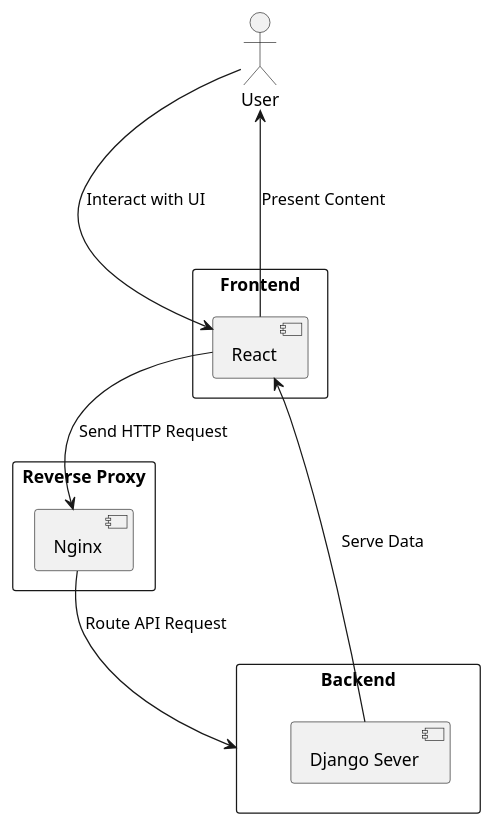
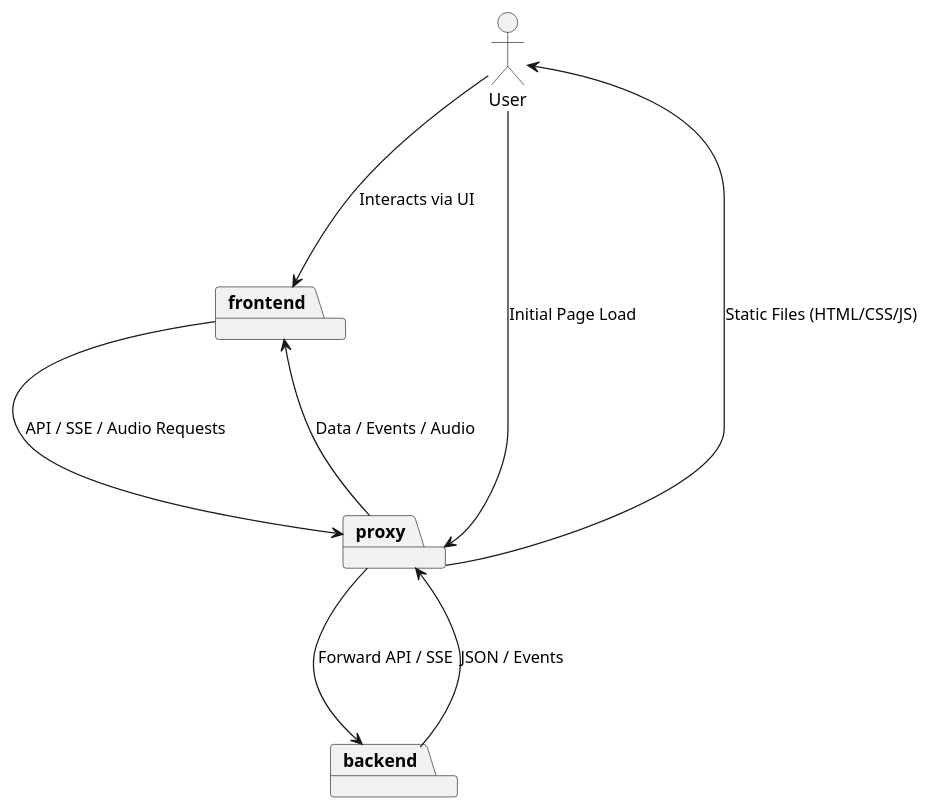
The diagram in specification/analysis/system.puml (ddrddrr/musikk), drawn with PlantUML before and after one commit. The commit also changed 28 other files, not shown here.

```diff
--- a/specification/analysis/system.puml
+++ b/specification/analysis/system.puml
@@ -1,30 +1,20 @@
 @startuml HighLevelSystem
 
 actor User as user
 
 skinparam packageStyle rectangle
 
-package "Frontend" {
-    [React] as frontend
-}
+package frontend
+package proxy
+package backend
 
-package "Reverse Proxy" {
-    [Nginx] as proxy
-}
+user ---> proxy: Initial Page Load
+proxy ---> user: Static Files (HTML/CSS/JS)
 
-package "Backend" as backend {
-    [Django Sever] as django
-}
-
-user --> frontend : Interact with UI
-user <-- frontend: Present Content
-
-frontend --> proxy : Send HTTP Request
-django --> frontend : Serve Data
-proxy --> backend : Route API Request
-
-' layout
-user --[hidden]down-> frontend
-frontend --[hidden]down-> backend
+user ---> frontend: Interacts via UI
+frontend ---> proxy: API / SSE / Audio Requests
+proxy ---> backend: Forward API / SSE
+backend ---> proxy: JSON / Events
+proxy ---> frontend: Data / Events / Audio
 
 @enduml
```
